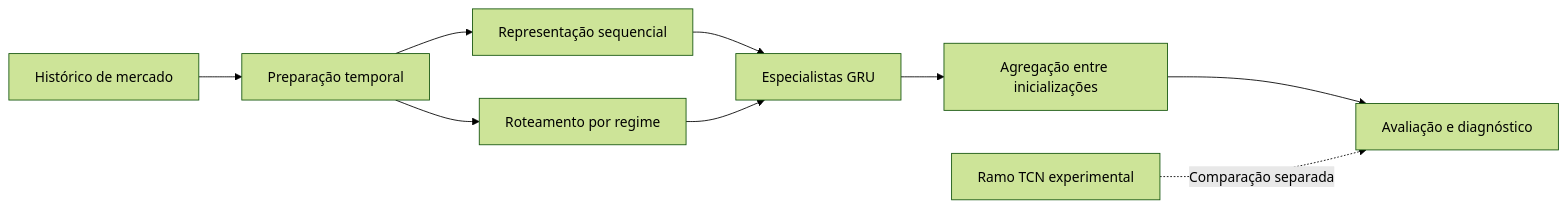
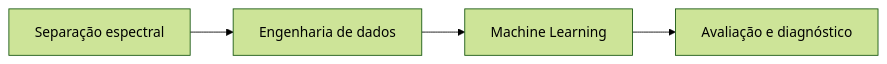
Before and after one commit to mauricioGutierrezz/bitcoin-ml-research: the diagram in README.md, drawn with Mermaid (forest theme). The commit also changed other lines of this file, not shown here.

````diff
--- a/README.md
+++ b/README.md
@@ -37,11 +43,6 @@
 ```mermaid
 flowchart LR
-    A[Histórico de mercado] --> B[Preparação temporal]
-    B --> C[Representação sequencial]
-    B --> D[Roteamento por regime]
-    C --> E[Especialistas GRU]
-    D --> E
-    E --> F[Agregação entre inicializações]
-    F --> G[Avaliação e diagnóstico]
-    H[Ramo TCN experimental] -. Comparação separada .-> G
+    A[Separação espectral] --> B[Engenharia de dados]
+    B --> C[Machine Learning]
+    C --> D[Avaliação e diagnóstico]
 ```
````
